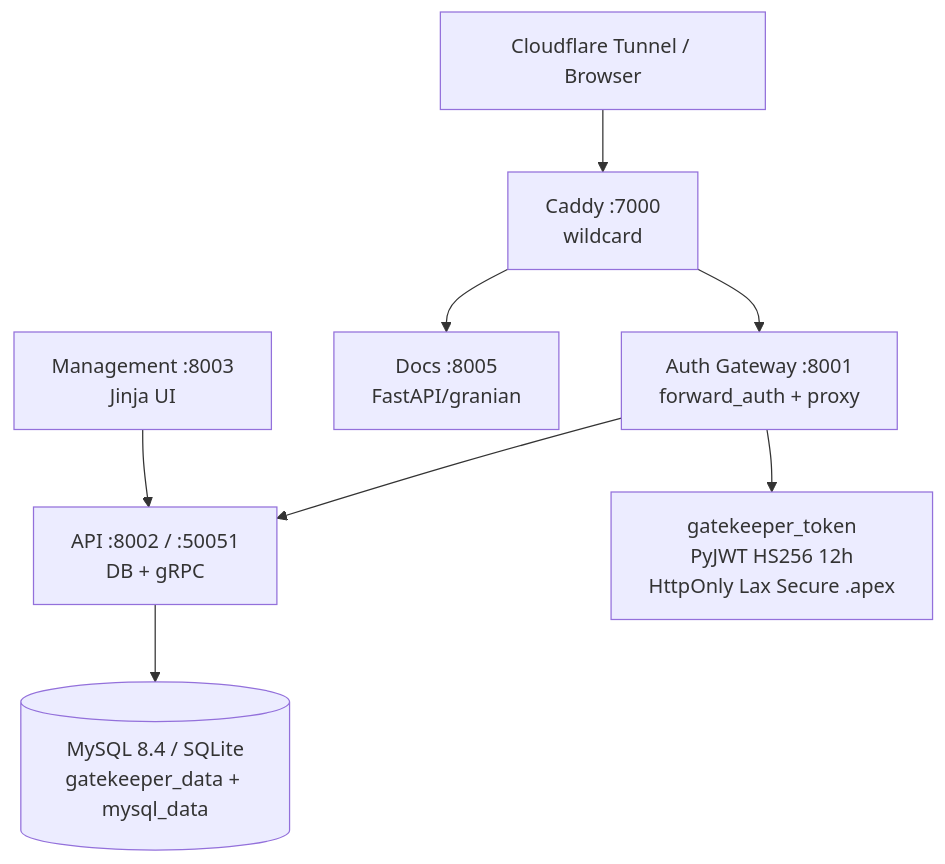
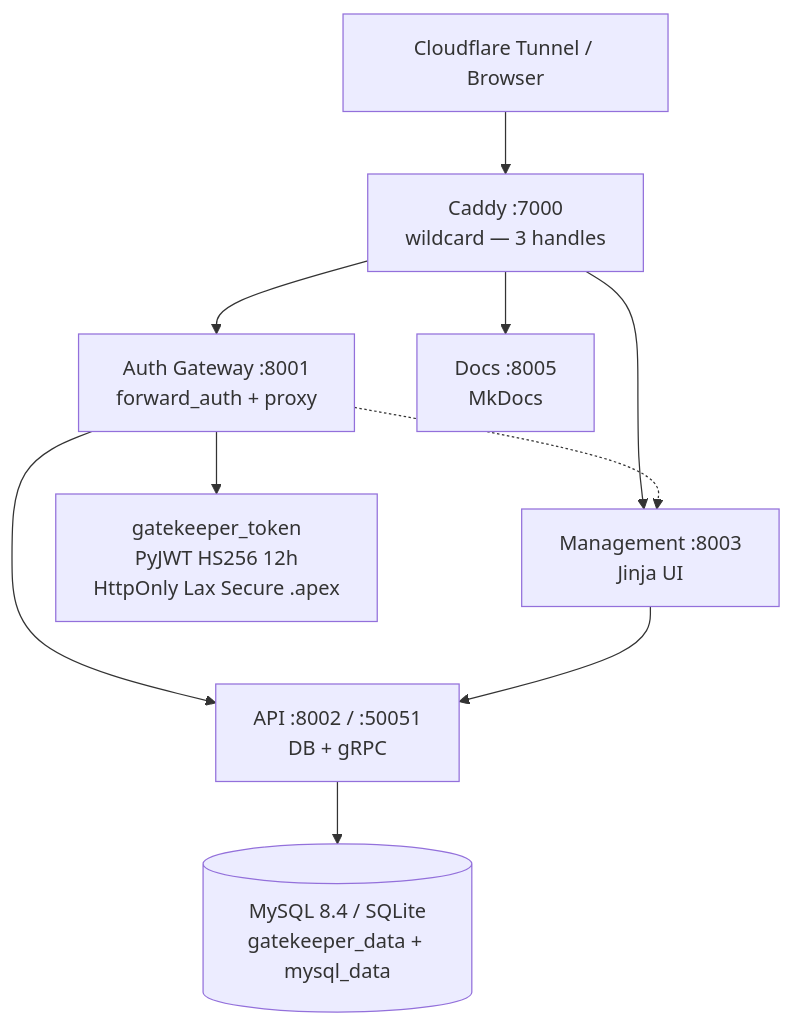
The diagram in documentation/docs/index.md (NovaProtocol/GateKeeper), drawn with Mermaid before and after one commit.

Commit message:
docs(gatekeeper): fix mermaid — caddy to mgmt/docs, mgmt/auth to api

````diff
--- a/documentation/docs/index.md
+++ b/documentation/docs/index.md
@@ -20,10 +20,12 @@
 ```mermaid
 graph TB
-    TUN["Cloudflare Tunnel / Browser"] --> CADDY["Caddy :7000<br/>wildcard"]
+    TUN["Cloudflare Tunnel / Browser"] --> CADDY["Caddy :7000<br/>wildcard — 3 handles"]
     CADDY --> AUTH["Auth Gateway :8001<br/>forward_auth + proxy"]
-    CADDY --> DOC["Docs :8005<br/>FastAPI/granian"]
+    CADDY --> MGMT["Management :8003<br/>Jinja UI"]
+    CADDY --> DOC["Docs :8005<br/>MkDocs"]
     AUTH --> API["API :8002 / :50051<br/>DB + gRPC"]
+    MGMT --> API
+    AUTH -.-> MGMT
     API --> DB[("MySQL 8.4 / SQLite<br/>gatekeeper_data + mysql_data")]
-    MGMT["Management :8003<br/>Jinja UI"] --> API
     AUTH --> COOKIE["gatekeeper_token<br/>PyJWT HS256 12h<br/>HttpOnly Lax Secure .apex"]
 ```
````
